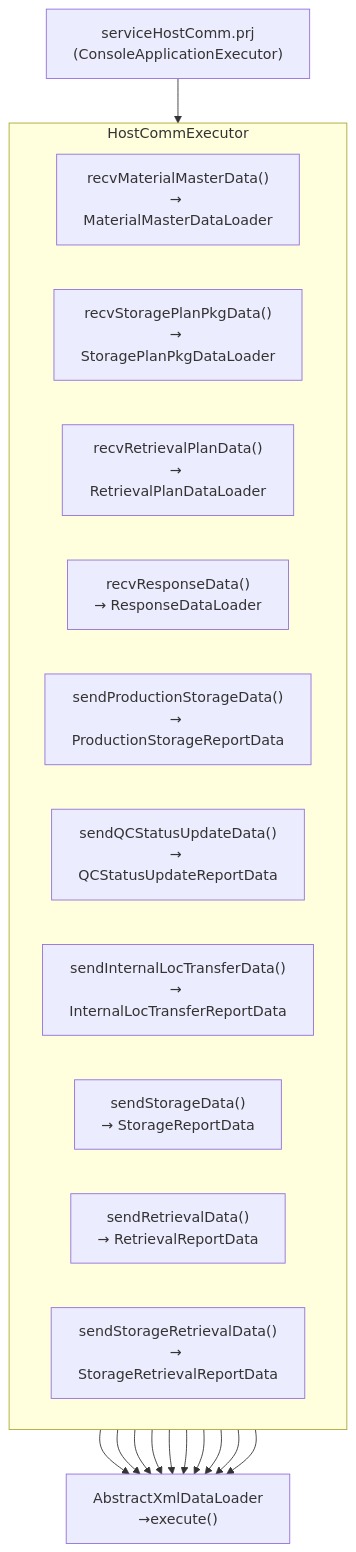
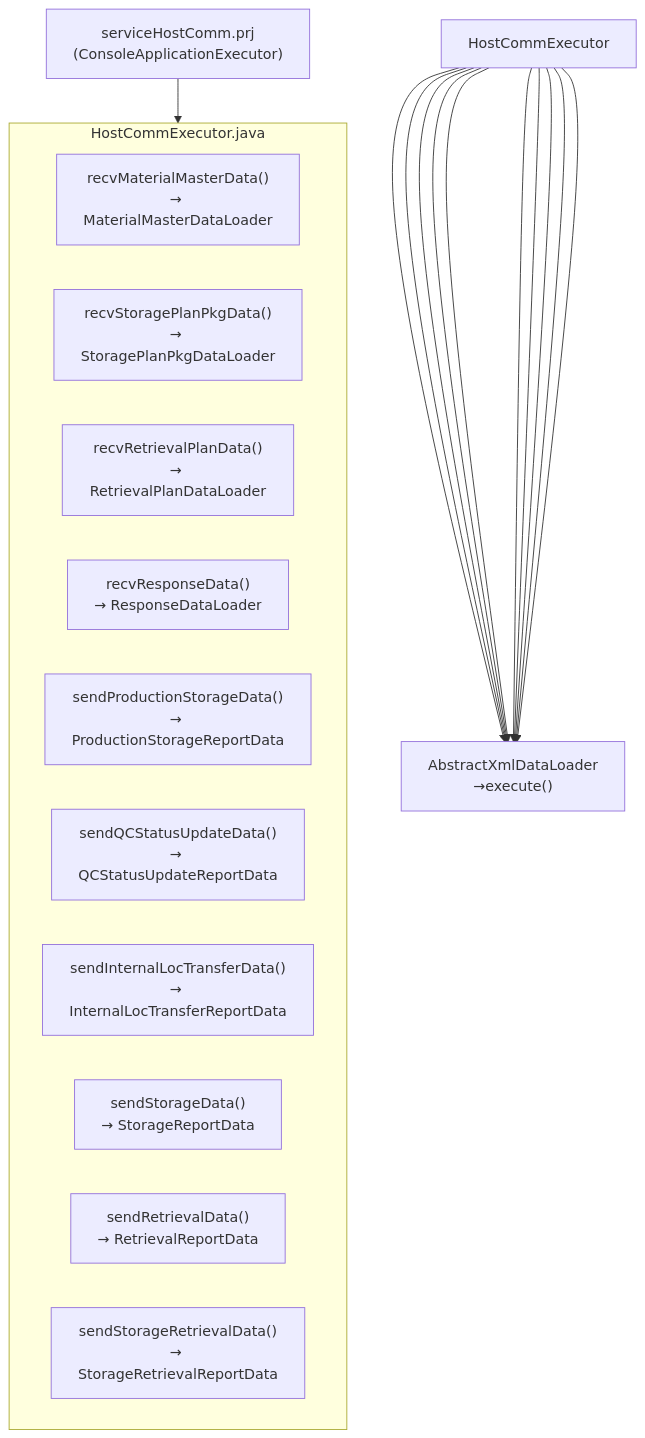
One commit to luthfiadityaa/SimeDarby-Wiki changed the diagram in Basic-Design/Host-Interfaces.md. Above: the diagram before and after it, drawn with Mermaid.

Commit message:
Updated Host Interfaces

```diff
--- a/Basic-Design/Host-Interfaces.md
+++ b/Basic-Design/Host-Interfaces.md
@@ -31,32 +31,32 @@
 ::: mermaid
 flowchart TD
         C1["serviceHostComm.prj<br>(ConsoleApplicationExecutor)"]       
     
-        C1 --> HostCommExecutor
+        C1 --> HostCommExecutor.java
 
         C12["AbstractXmlDataLoader<br>→execute()"]
 
         HostCommExecutor --> C12
         HostCommExecutor --> C12
         HostCommExecutor --> C12
         HostCommExecutor --> C12
         HostCommExecutor --> C12
         HostCommExecutor --> C12
         HostCommExecutor --> C12
         HostCommExecutor --> C12
         HostCommExecutor --> C12
         HostCommExecutor --> C12
 
-subgraph HostCommExecutor
+subgraph HostCommExecutor.java
         C2["recvMaterialMasterData()<br>→ MaterialMasterDataLoader"]
         C3["recvStoragePlanPkgData()<br>→ StoragePlanPkgDataLoader"]
         C4["recvRetrievalPlanData()<br>→ RetrievalPlanDataLoader"]
         C5["recvResponseData()<br>→ ResponseDataLoader"]
         C6["sendProductionStorageData()<br>→ ProductionStorageReportData"]
         C7["sendQCStatusUpdateData()<br>→ QCStatusUpdateReportData"]
         C8["sendInternalLocTransferData()<br>→ InternalLocTransferReportData"]
         C9["sendStorageData()<br>→ StorageReportData"]
         C10["sendRetrievalData()<br>→ RetrievalReportData"]
         C11["sendStorageRetrievalData()<br>→ StorageRetrievalReportData"]
 end
 :::
```
